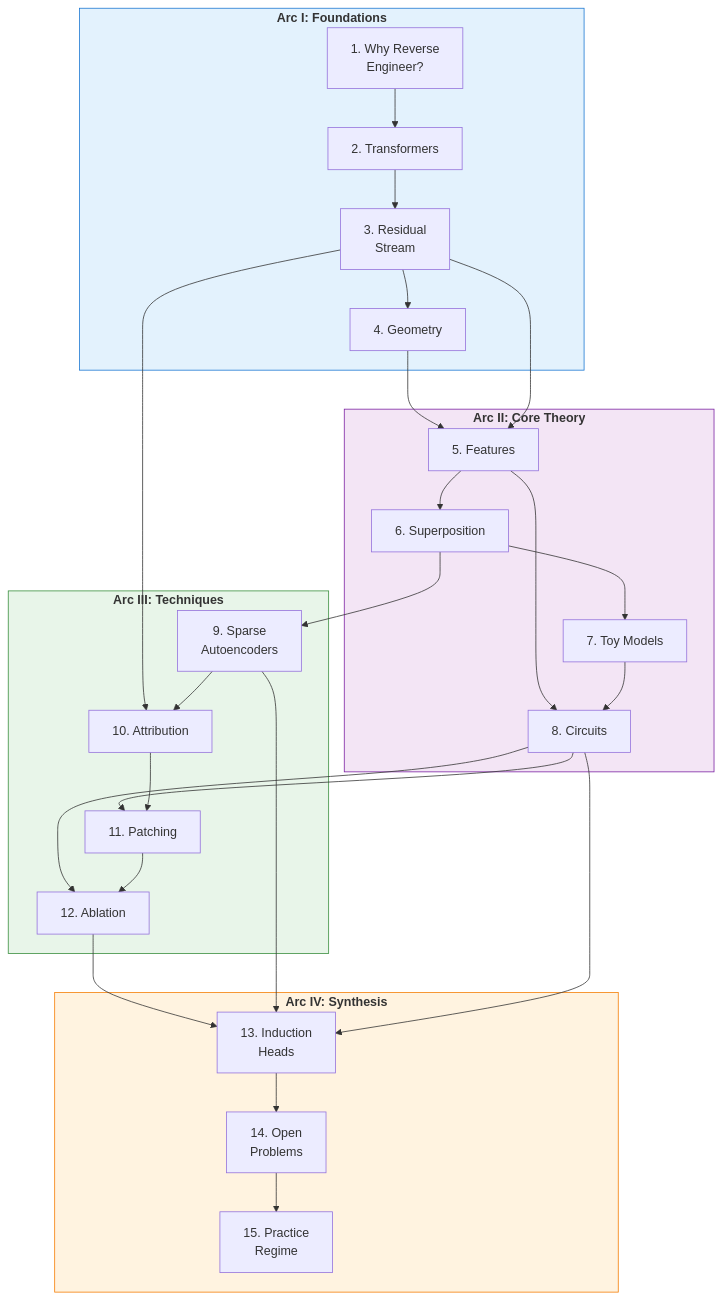
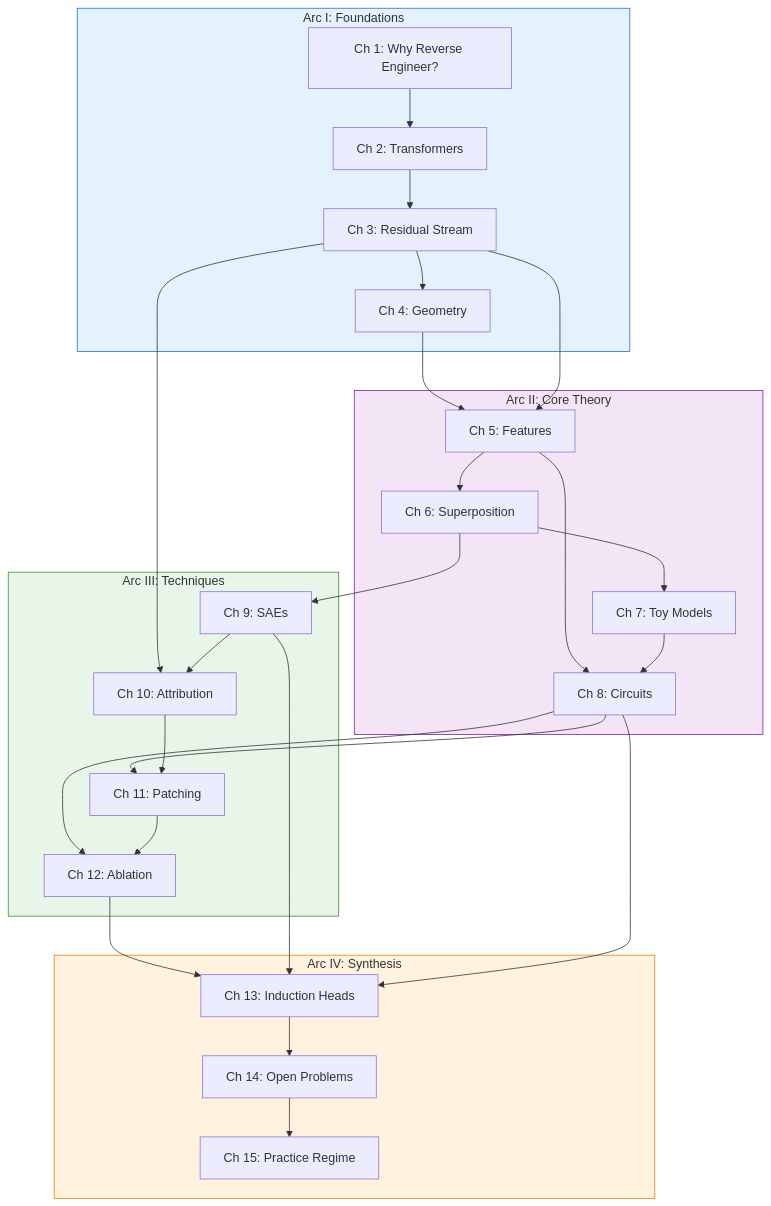
The diagram in index.qmd (ttsugriy/mechinterp-first-principles), drawn with Mermaid before and after one commit.

Commit message:
Fix Mermaid diagram: remove HTML tags and list-like numbering patterns

````diff
--- a/index.qmd
+++ b/index.qmd
@@ -22,72 +22,72 @@
 ```{mermaid}
 %%| fig-cap: "Concept map showing how chapters build on each other. Arrows indicate conceptual dependencies."
 %%| fig-width: 10
 flowchart TB
-    subgraph ARC1["<b>Arc I: Foundations</b>"]
-        A1["1. Why Reverse<br/>Engineer?"]
-        A2["2. Transformers"]
-        A3["3. Residual<br/>Stream"]
-        A4["4. Geometry"]
+    subgraph ARC1["Arc I: Foundations"]
+        A1["Ch 1: Why Reverse Engineer?"]
+        A2["Ch 2: Transformers"]
+        A3["Ch 3: Residual Stream"]
+        A4["Ch 4: Geometry"]
     end
 
-    subgraph ARC2["<b>Arc II: Core Theory</b>"]
-        A5["5. Features"]
-        A6["6. Superposition"]
-        A7["7. Toy Models"]
-        A8["8. Circuits"]
+    subgraph ARC2["Arc II: Core Theory"]
+        A5["Ch 5: Features"]
+        A6["Ch 6: Superposition"]
+        A7["Ch 7: Toy Models"]
+        A8["Ch 8: Circuits"]
     end
 
-    subgraph ARC3["<b>Arc III: Techniques</b>"]
-        A9["9. Sparse<br/>Autoencoders"]
-        A10["10. Attribution"]
-        A11["11. Patching"]
-        A12["12. Ablation"]
+    subgraph ARC3["Arc III: Techniques"]
+        A9["Ch 9: SAEs"]
+        A10["Ch 10: Attribution"]
+        A11["Ch 11: Patching"]
+        A12["Ch 12: Ablation"]
     end
 
-    subgraph ARC4["<b>Arc IV: Synthesis</b>"]
-        A13["13. Induction<br/>Heads"]
-        A14["14. Open<br/>Problems"]
-        A15["15. Practice<br/>Regime"]
+    subgraph ARC4["Arc IV: Synthesis"]
+        A13["Ch 13: Induction Heads"]
+        A14["Ch 14: Open Problems"]
+        A15["Ch 15: Practice Regime"]
     end
 
     %% Arc I flow
     A1 --> A2
     A2 --> A3
     A3 --> A4
 
     %% Arc I to Arc II
     A4 --> A5
     A3 --> A5
 
     %% Arc II flow
     A5 --> A6
     A6 --> A7
     A5 --> A8
     A7 --> A8
 
     %% Arc II to Arc III
     A6 --> A9
     A3 --> A10
     A8 --> A11
     A8 --> A12
 
     %% Arc III flow
     A9 --> A10
     A10 --> A11
     A11 --> A12
 
     %% All techniques feed into synthesis
     A12 --> A13
     A9 --> A13
     A8 --> A13
 
     %% Synthesis flow
     A13 --> A14
     A14 --> A15
 
     %% Styling
     style ARC1 fill:#e3f2fd,stroke:#1976d2
     style ARC2 fill:#f3e5f5,stroke:#7b1fa2
     style ARC3 fill:#e8f5e9,stroke:#388e3c
     style ARC4 fill:#fff3e0,stroke:#f57c00
 ```
````
